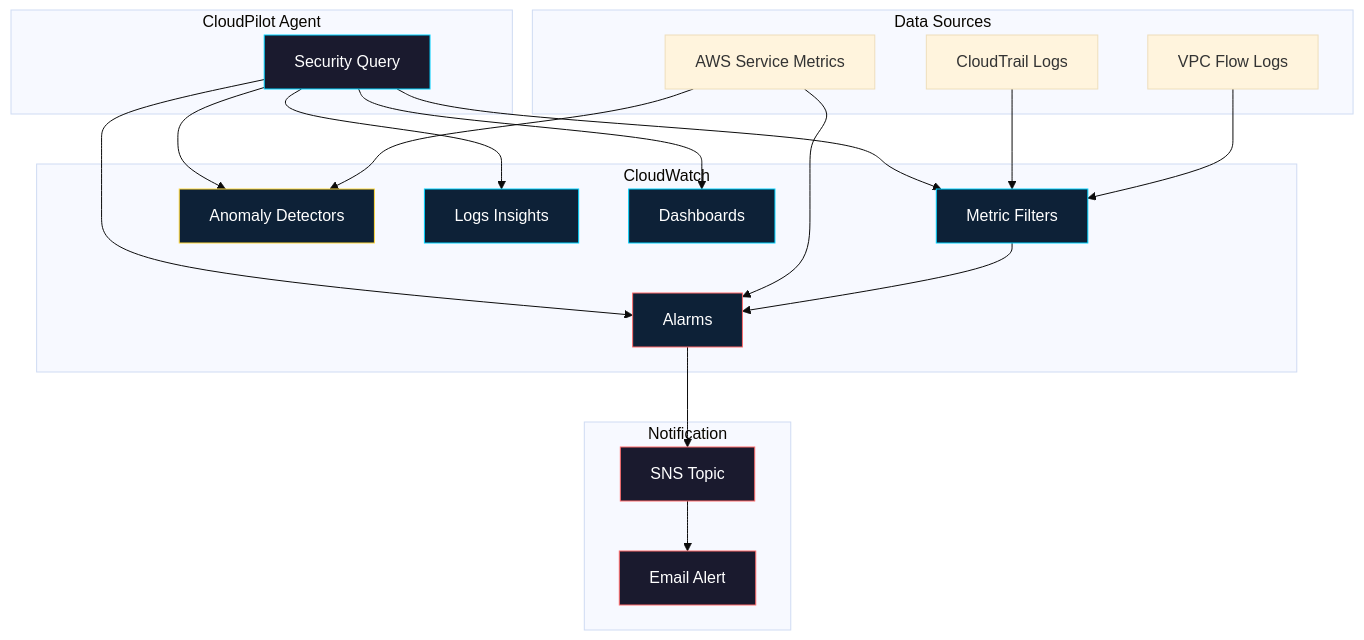
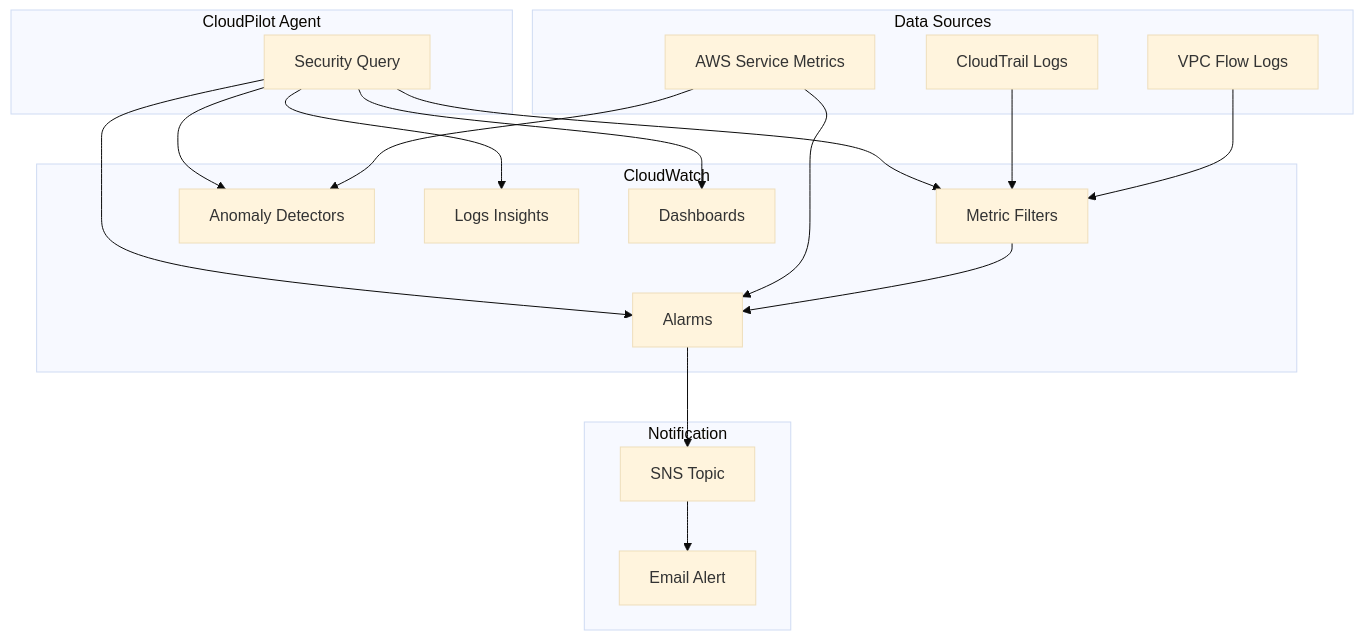
One commit to ritvikindupuri/aws-ai-agent changed diagram 13 of 21 in TECHNICAL_DOCUMENTATION.md. Above: the diagram before and after it, drawn with Mermaid (base theme). The commit also changed other lines of this file, not shown here.

````diff
--- a/TECHNICAL_DOCUMENTATION.md
+++ b/TECHNICAL_DOCUMENTATION.md
@@ -1662,47 +1350,38 @@
 ```mermaid
 graph TB
     subgraph "CloudPilot Agent"
         A[Security Query]
     end
 
     subgraph "CloudWatch"
         B[Metric Filters]
         C[Alarms]
         D[Anomaly Detectors]
         E[Logs Insights]
         F[Dashboards]
     end
 
     subgraph "Notification"
         G[SNS Topic]
         H[Email Alert]
     end
 
     subgraph "Data Sources"
         I[CloudTrail Logs]
         J[VPC Flow Logs]
         K[AWS Service Metrics]
     end
 
     A --> B
     A --> C
     A --> D
     A --> E
     A --> F
     I --> B
     J --> B
     K --> C
     K --> D
     B --> C
     C --> G
     G --> H
-
-    style A fill:#1a1a2e,stroke:#00d4ff,color:#fff
-    style B fill:#0d2137,stroke:#00d4ff,color:#fff
-    style C fill:#0d2137,stroke:#ff6b6b,color:#fff
-    style D fill:#0d2137,stroke:#ffd93d,color:#fff
-    style E fill:#0d2137,stroke:#00d4ff,color:#fff
-    style F fill:#0d2137,stroke:#00d4ff,color:#fff
-    style G fill:#1a1a2e,stroke:#ff6b6b,color:#fff
-    style H fill:#1a1a2e,stroke:#ff6b6b,color:#fff
 ```
````
